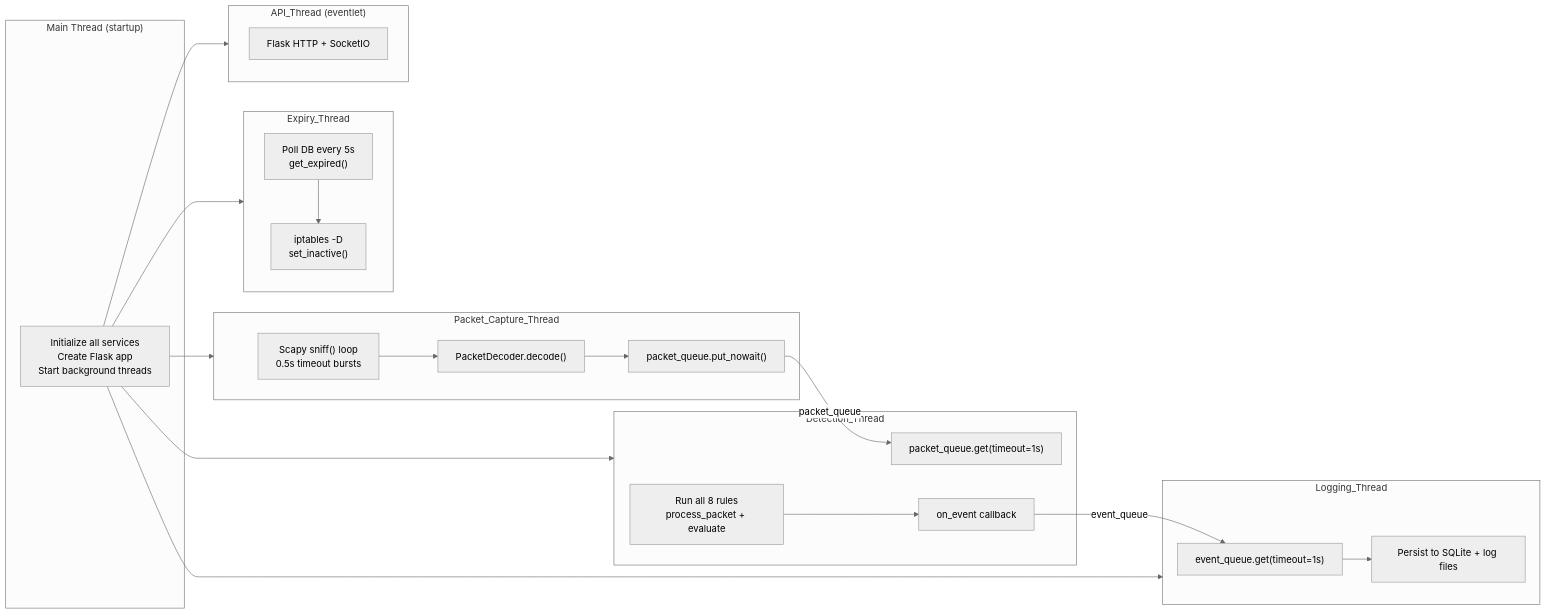
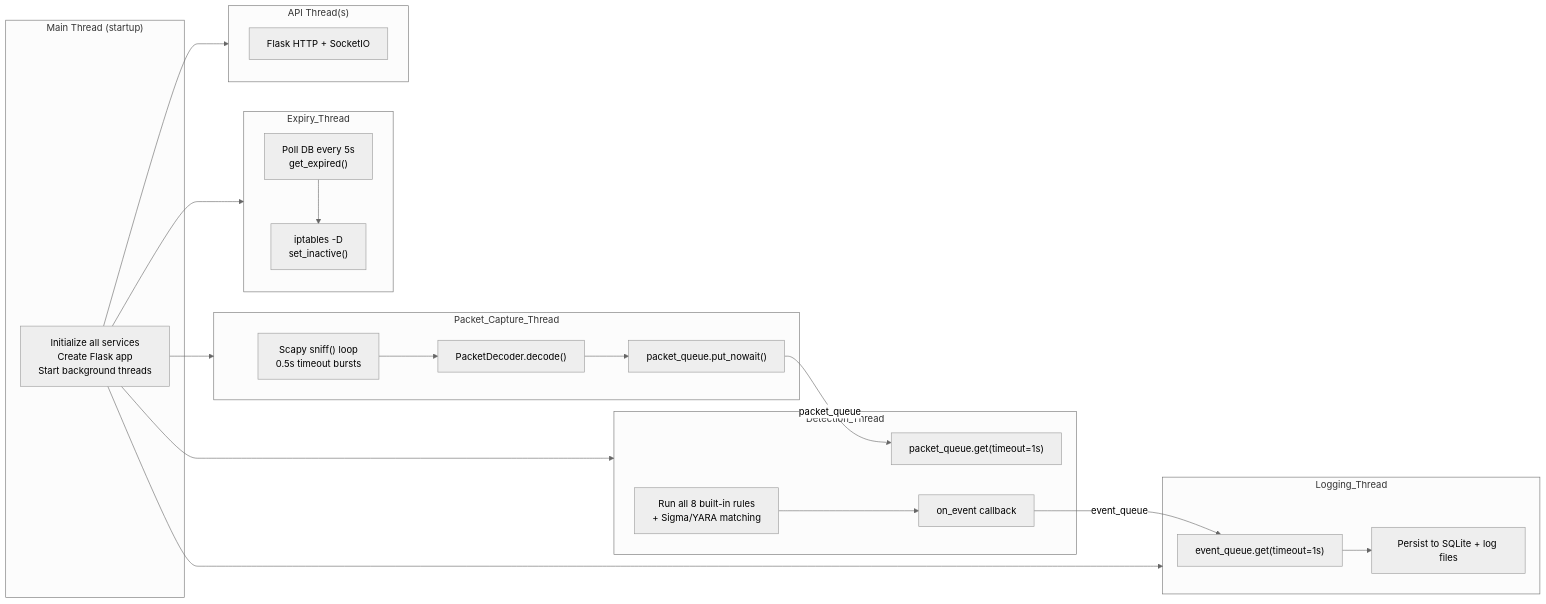
The second of 7 diagrams in docs/ARCHITECTURE.md (The-Bugger/Net-Guard), drawn with Mermaid (neutral theme) before and after one commit. The commit also changed other lines of this file, not shown here.

Commit message:
update architecture documentation

````diff
--- a/docs/ARCHITECTURE.md
+++ b/docs/ARCHITECTURE.md
@@ -87,35 +100,35 @@
 ```mermaid
 graph LR
     subgraph Main["Main Thread (startup)"]
         INIT["Initialize all services\nCreate Flask app\nStart background threads"]
     end
     subgraph PCT["Packet_Capture_Thread"]
         SNIFF["Scapy sniff() loop\n0.5s timeout bursts"]
         DEC["PacketDecoder.decode()"]
         SNF["packet_queue.put_nowait()"]
     end
     subgraph DT["Detection_Thread"]
         DGET["packet_queue.get(timeout=1s)"]
-        DRULE["Run all 8 rules\nprocess_packet + evaluate"]
+        DRULE["Run all 8 built-in rules\n+ Sigma/YARA matching"]
         DCALL["on_event callback"]
     end
     subgraph LT["Logging_Thread"]
         LGET["event_queue.get(timeout=1s)"]
         LPERS["Persist to SQLite + log files"]
     end
     subgraph ET2["Expiry_Thread"]
         EPOLL["Poll DB every 5s\nget_expired()"]
         EREM["iptables -D\nset_inactive()"]
     end
-    subgraph AT["API_Thread (eventlet)"]
+    subgraph AT["API Thread(s)"]
         FLASK2["Flask HTTP + SocketIO"]
     end
 
     INIT --> PCT & DT & LT & ET2 & AT
     SNIFF --> DEC --> SNF
     SNF -->|packet_queue| DGET
     DRULE --> DCALL
     DCALL -->|event_queue| LGET
     LGET --> LPERS
     EPOLL --> EREM
 ```
````
